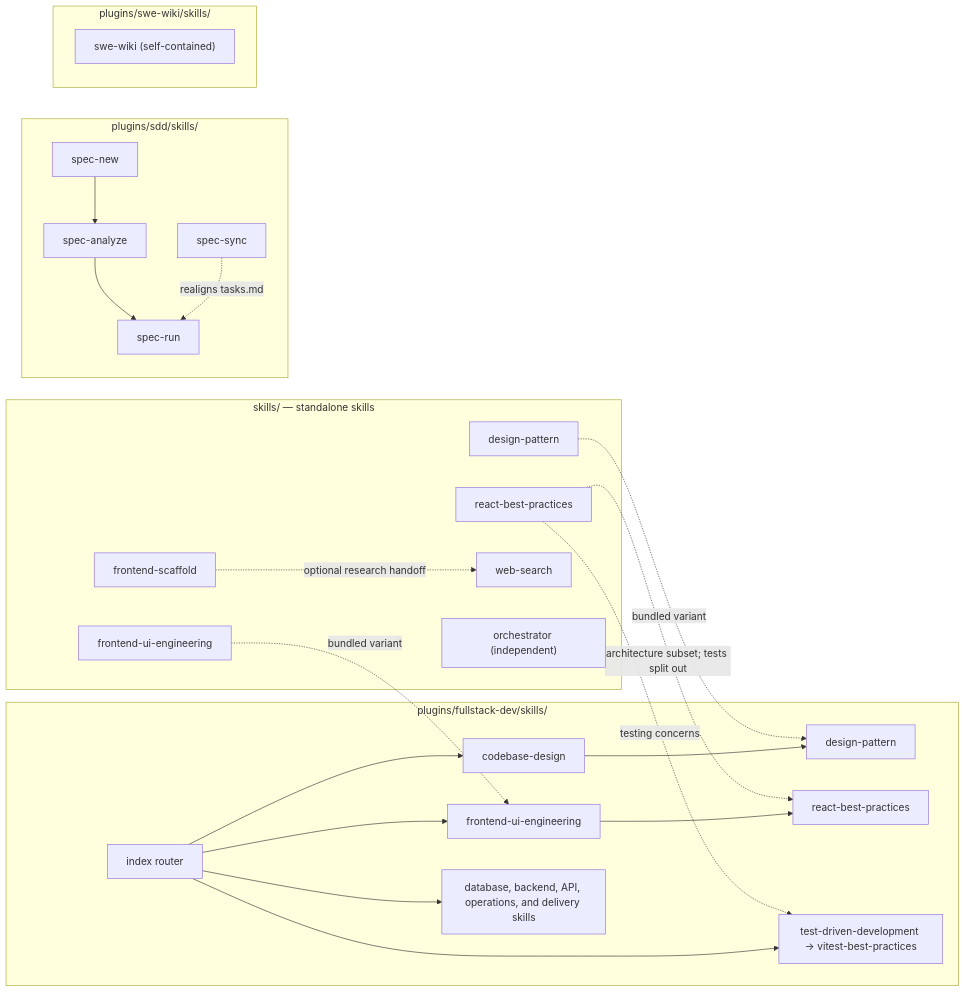
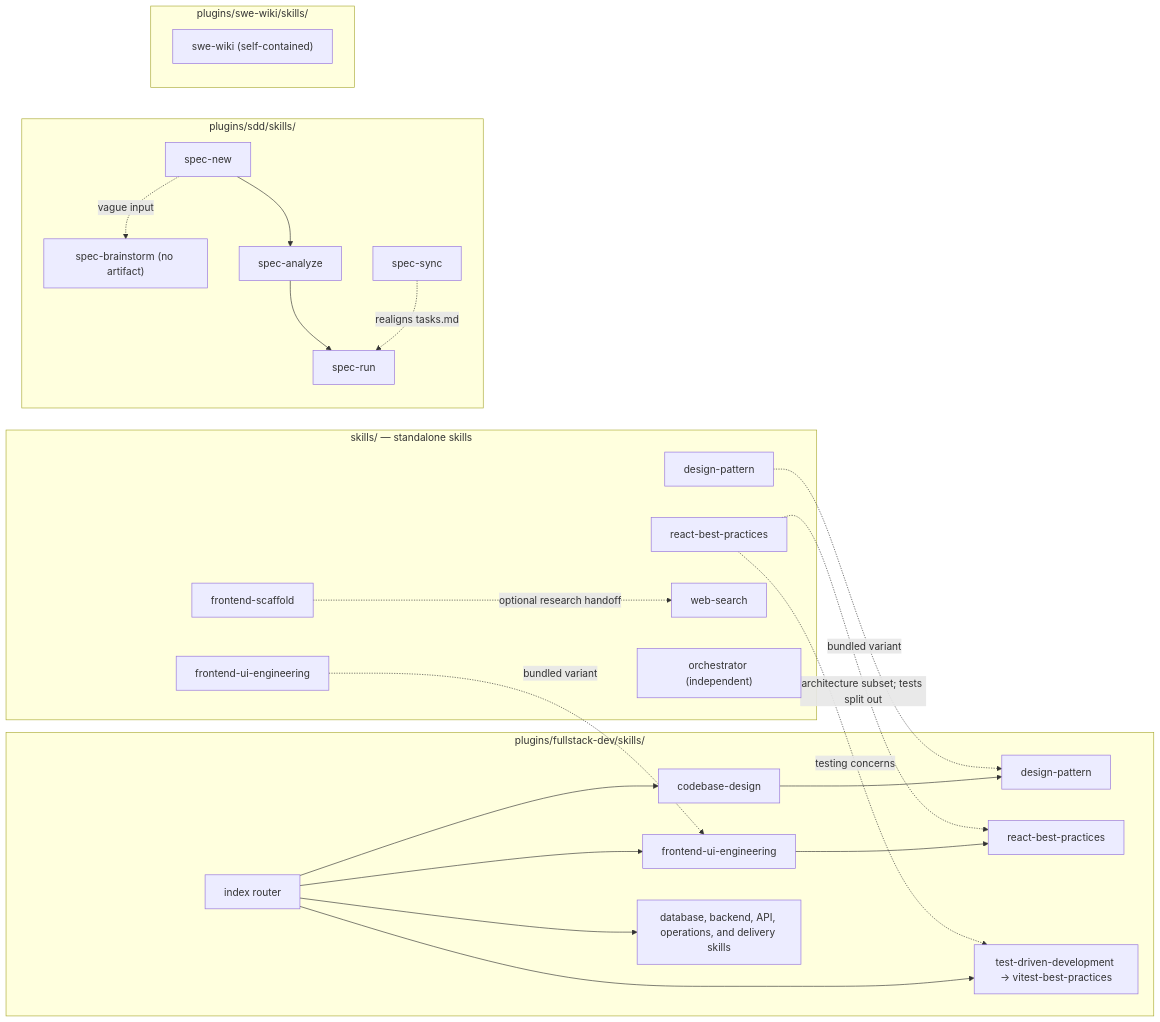
One commit to dtgbao/agent-skills changed the diagram in AGENTS.md. Above: the diagram before and after it, drawn with Mermaid. The commit also changed 8 other files, not shown here.

First line of the commit message:
sdd: add spec-brainstorm before the spec workflow

````diff
--- a/AGENTS.md
+++ b/AGENTS.md
@@ -16,46 +16,48 @@
 ```mermaid
 flowchart LR
     subgraph Standalone["skills/ — standalone skills"]
         SDesign["design-pattern"]
         SScaffold["frontend-scaffold"]
         SUI["frontend-ui-engineering"]
         SReact["react-best-practices"]
         SWeb["web-search"]
         SOrchestrator["orchestrator (independent)"]
     end
 
     subgraph Fullstack["plugins/fullstack-dev/skills/"]
         FIndex["index router"]
         FCodebase["codebase-design"]
         FDesign["design-pattern"]
         FUI["frontend-ui-engineering"]
         FReact["react-best-practices"]
         FTesting["test-driven-development → vitest-best-practices"]
         FOther["database, backend, API, operations, and delivery skills"]
 
         FIndex --> FCodebase --> FDesign
         FIndex --> FUI --> FReact
         FIndex --> FTesting
         FIndex --> FOther
     end
 
     subgraph SDD["plugins/sdd/skills/"]
+        DBrain["spec-brainstorm (no artifact)"]
         DNew["spec-new"]
         DAnalyze["spec-analyze"]
         DSync["spec-sync"]
         DRun["spec-run"]
 
+        DNew -. "vague input" .-> DBrain
         DNew --> DAnalyze --> DRun
         DSync -. "realigns tasks.md" .-> DRun
     end
 
     subgraph Wiki["plugins/swe-wiki/skills/"]
         SWiki["swe-wiki (self-contained)"]
     end
 
     SScaffold -. "optional research handoff" .-> SWeb
     SDesign -. "bundled variant" .-> FDesign
     SUI -. "bundled variant" .-> FUI
     SReact -. "architecture subset; tests split out" .-> FReact
     SReact -. "testing concerns" .-> FTesting
 ```
````
